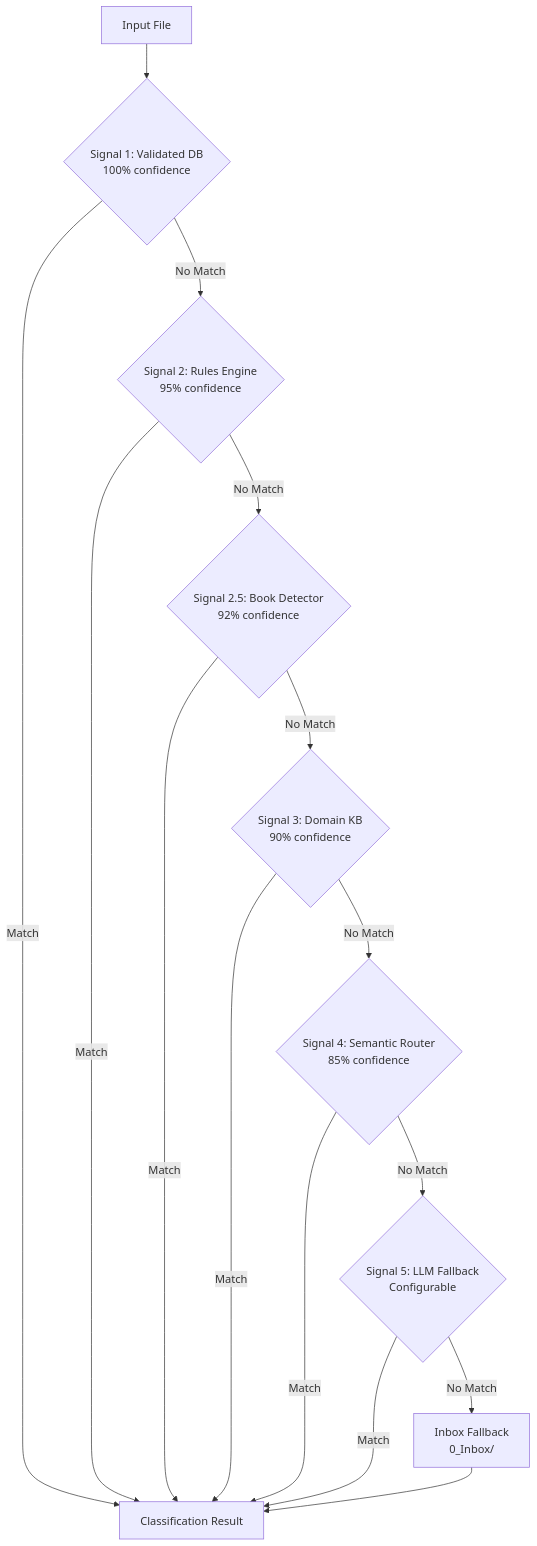
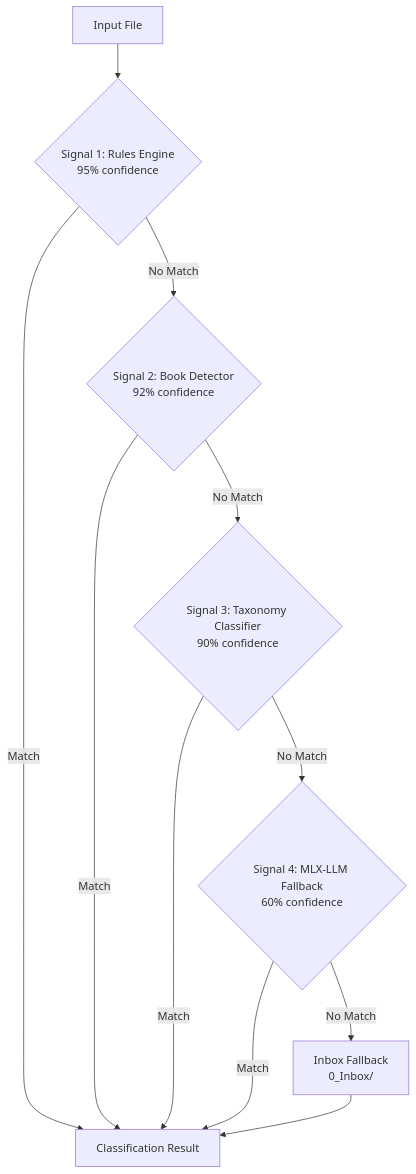
The first of 2 diagrams in docs/architecture/overview.md (fjacquet/para-files), drawn with Mermaid before and after one commit. The commit also changed other lines of this file and 30 other files, not shown here.

````diff
--- a/docs/architecture/overview.md
+++ b/docs/architecture/overview.md
@@ -16,17 +16,13 @@
 ```mermaid
 flowchart TD
-    A[Input File] --> B{Signal 1: Validated DB<br/>100% confidence}
+    A[Input File] --> B{Signal 1: Rules Engine<br/>95% confidence}
     B -->|Match| Z[Classification Result]
-    B -->|No Match| C{Signal 2: Rules Engine<br/>95% confidence}
+    B -->|No Match| C{Signal 2: Book Detector<br/>92% confidence}
     C -->|Match| Z
-    C -->|No Match| C2{Signal 2.5: Book Detector<br/>92% confidence}
-    C2 -->|Match| Z
-    C2 -->|No Match| D{Signal 3: Domain KB<br/>90% confidence}
+    C -->|No Match| D{Signal 3: Taxonomy Classifier<br/>90% confidence}
     D -->|Match| Z
-    D -->|No Match| E{Signal 4: Semantic Router<br/>85% confidence}
+    D -->|No Match| E{Signal 4: MLX-LLM Fallback<br/>60% confidence}
     E -->|Match| Z
-    E -->|No Match| F{Signal 5: LLM Fallback<br/>Configurable}
-    F -->|Match| Z
-    F -->|No Match| G[Inbox Fallback<br/>0_Inbox/]
+    E -->|No Match| G[Inbox Fallback<br/>0_Inbox/]
     G --> Z
 ```
````
